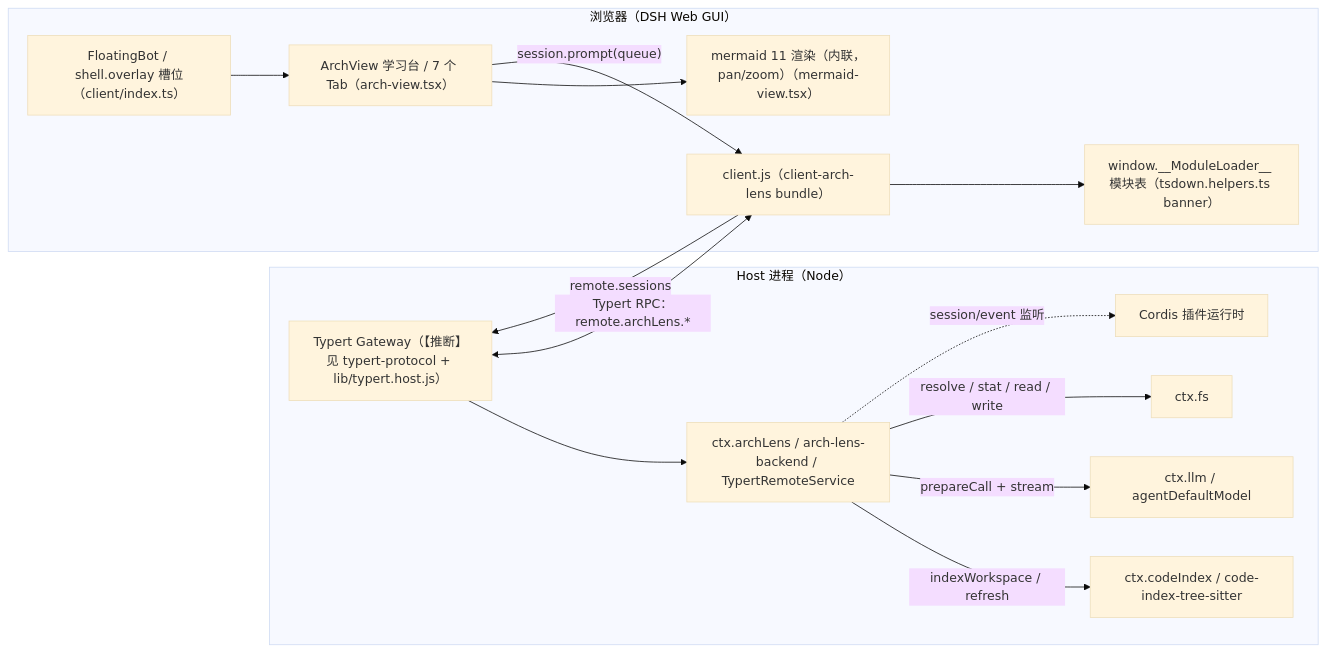
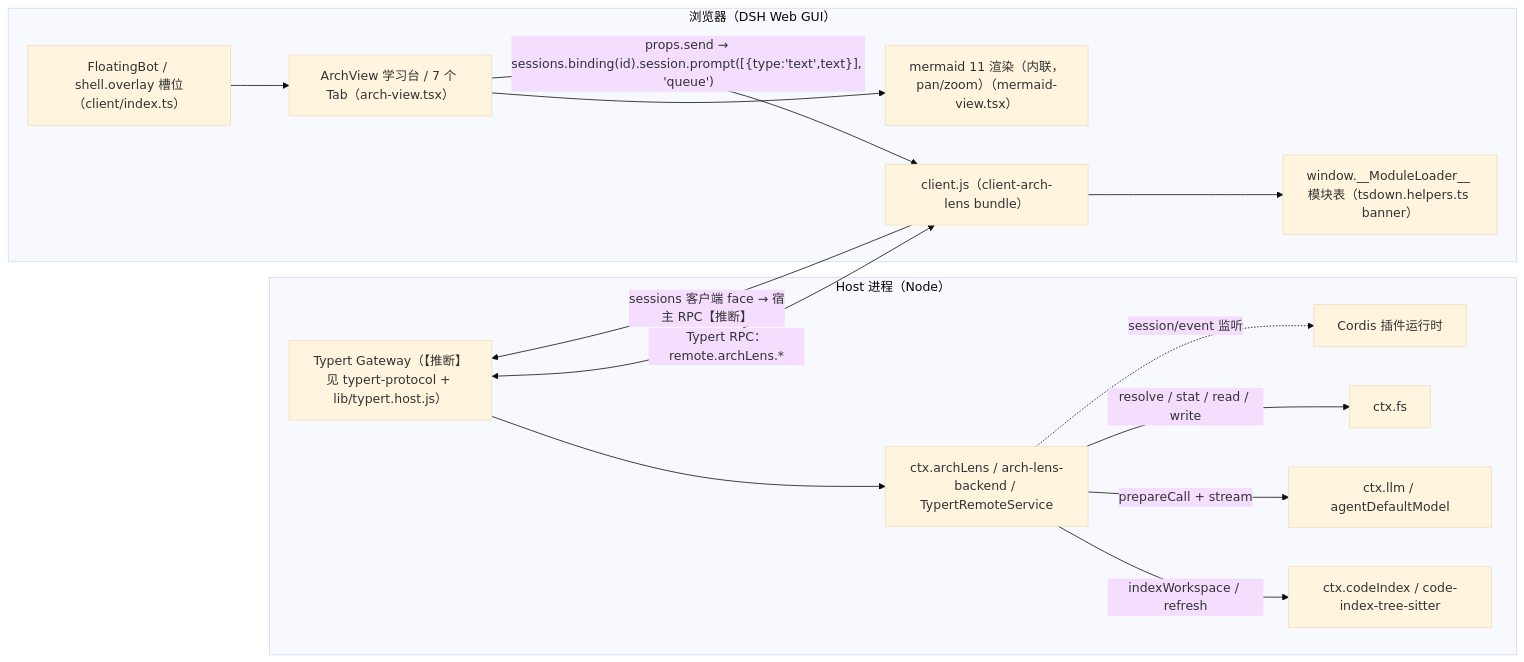
One commit to gwj001/arch-lens changed the first of 13 diagrams in docs/arch-lens-diagrams.md. Above: the diagram before and after it, drawn with Mermaid (base theme). The commit also changed other lines of this file and 113 other files, not shown here.

First line of the commit message:
feat: dual-angle flow, abort button, thinking chain, method-syntax repair, graph disk cache

````diff
--- a/docs/arch-lens-diagrams.md
+++ b/docs/arch-lens-diagrams.md
@@ -12,29 +36,29 @@
 ```mermaid
 flowchart LR
     subgraph HOST["Host 进程（Node）"]
         CORDIS["Cordis 插件运行时"]
         AL["ctx.archLens / arch-lens-backend / TypertRemoteService"]
         CI["ctx.codeIndex / code-index-tree-sitter"]
         LLM["ctx.llm / agentDefaultModel"]
         FS["ctx.fs"]
         GATEWAY["Typert Gateway（【推断】见 typert-protocol + lib/typert.host.js）"]
         AL -->|"indexWorkspace / refresh"| CI
         AL -->|"prepareCall + stream"| LLM
         AL -->|"resolve / stat / read / write"| FS
         AL -.->|"session/event 监听"| CORDIS
         GATEWAY --> AL
     end
     subgraph BROWSER["浏览器（DSH Web GUI）"]
         MOD["window.__ModuleLoader__ 模块表（tsdown.helpers.ts banner）"]
         CLIENT["client.js（client-arch-lens bundle）"]
         BOT["FloatingBot / shell.overlay 槽位（client/index.ts）"]
         DESK["ArchView 学习台 / 7 个 Tab（arch-view.tsx）"]
         MM["mermaid 11 渲染（内联，pan/zoom）（mermaid-view.tsx）"]
         CLIENT --> MOD
         BOT --> DESK
         DESK --> MM
     end
     GATEWAY <-->|"Typert RPC：remote.archLens.*"| CLIENT
-    DESK -->|"session.prompt(queue)"| CLIENT
-    CLIENT -->|"remote.sessions"| GATEWAY
+    DESK -->|"props.send → sessions.binding(id).session.prompt([{type:'text',text}], 'queue')"| CLIENT
+    CLIENT -->|"sessions 客户端 face → 宿主 RPC【推断】"| GATEWAY
 ```
````
